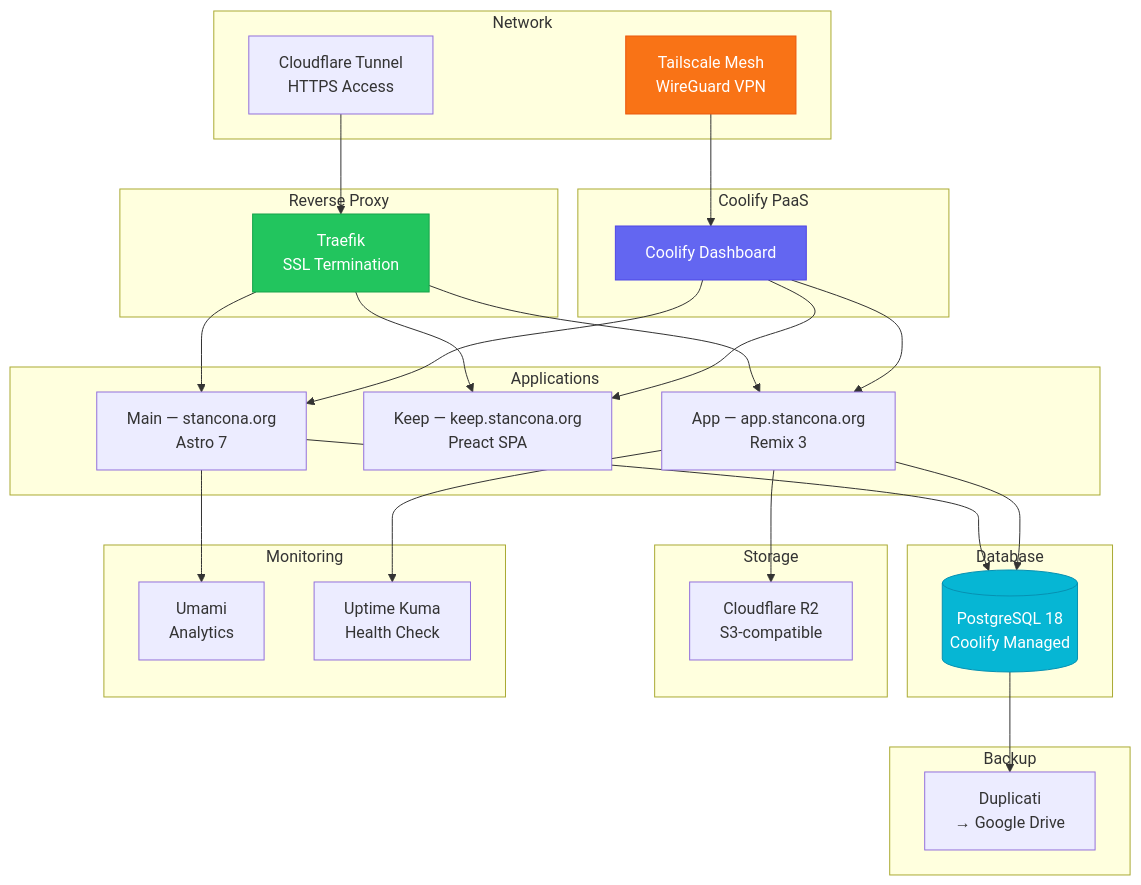
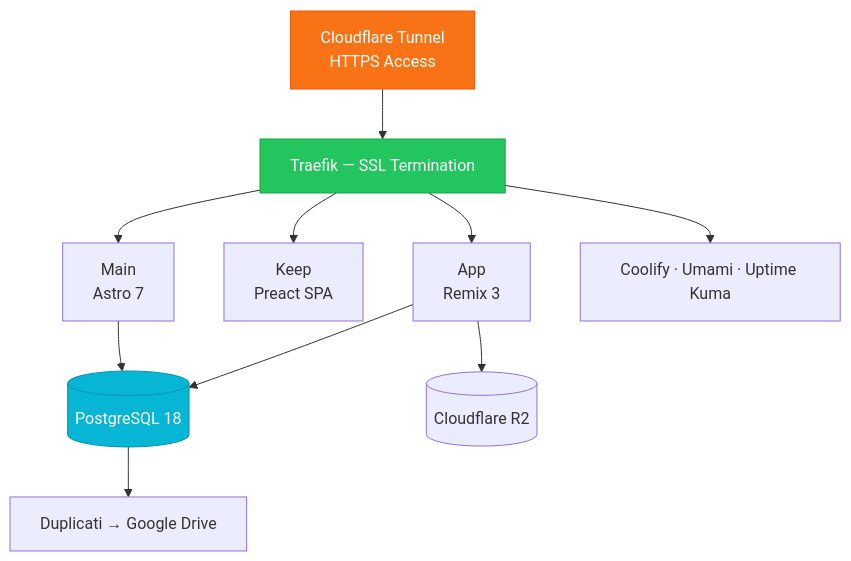
One commit to stancona/portfolio changed the fourth of 6 diagrams in README.md. Above: the diagram before and after it, drawn with Mermaid. The commit also changed other lines of this file and 30 other files, not shown here.

First line of the commit message:
fix: compact Mermaid diagrams, remove Astro dev toolbar from captures

````diff
--- a/README.md
+++ b/README.md
@@ -260,58 +177,16 @@
 ```mermaid
 graph TB
-    subgraph "Coolify PaaS"
-        C[Coolify Dashboard]
-    end
+    CF["Cloudflare Tunnel<br/>HTTPS Access"] --> T["Traefik — SSL Termination"]
+    T --> M["Main<br/>Astro 7"]
+    T --> K["Keep<br/>Preact SPA"]
+    T --> A["App<br/>Remix 3"]
+    M --> PG[("PostgreSQL 18")]
+    A --> PG
+    A --> R2[("Cloudflare R2")]
+    PG --> DUP["Duplicati → Google Drive"]
+    T --> OPS["Coolify · Umami · Uptime Kuma"]
 
-    subgraph "Applications"
-        M[Main — stancona.org<br/>Astro 7]
-        K[Keep — keep.stancona.org<br/>Preact SPA]
-        A[App — app.stancona.org<br/>Remix 3]
-    end
-
-    subgraph "Reverse Proxy"
-        T[Traefik<br/>SSL Termination]
-    end
-
-    subgraph "Database"
-        PG[(PostgreSQL 18<br/>Coolify Managed)]
-    end
-
-    subgraph "Storage"
-        R2[Cloudflare R2<br/>S3-compatible]
-    end
-
-    subgraph "Network"
-        TS[Tailscale Mesh<br/>WireGuard VPN]
-        CF[Cloudflare Tunnel<br/>HTTPS Access]
-    end
-
-    subgraph "Monitoring"
-        UM[Umami<br/>Analytics]
-        UK[Uptime Kuma<br/>Health Check]
-    end
-
-    subgraph "Backup"
-        DUP[Duplicati<br/>→ Google Drive]
-    end
-
-    T --> M
-    T --> K
-    T --> A
-    M --> PG
-    A --> PG
-    A --> R2
-    C --> M
-    C --> K
-    C --> A
-    TS --> C
-    CF --> T
-    M --> UM
-    A --> UK
-    PG --> DUP
-
-    style C fill:#6366f1,stroke:#4f46e5,color:#fff
     style T fill:#22c55e,stroke:#16a34a,color:#fff
     style PG fill:#06b6d4,stroke:#0891b2,color:#fff
-    style TS fill:#f97316,stroke:#ea580c,color:#fff
+    style CF fill:#f97316,stroke:#ea580c,color:#fff
 ```
````
